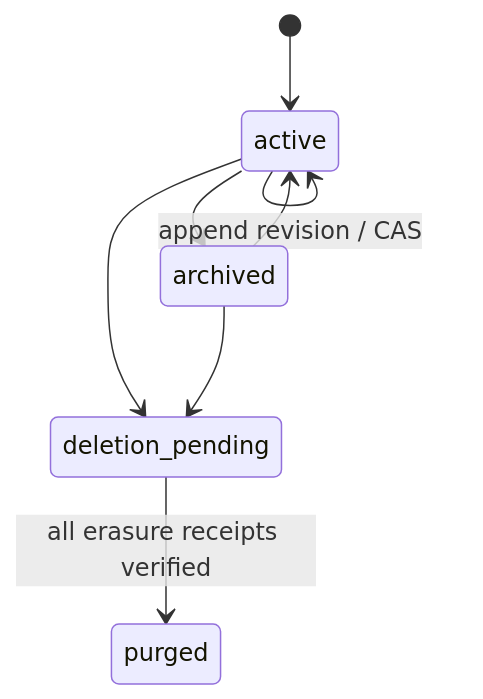
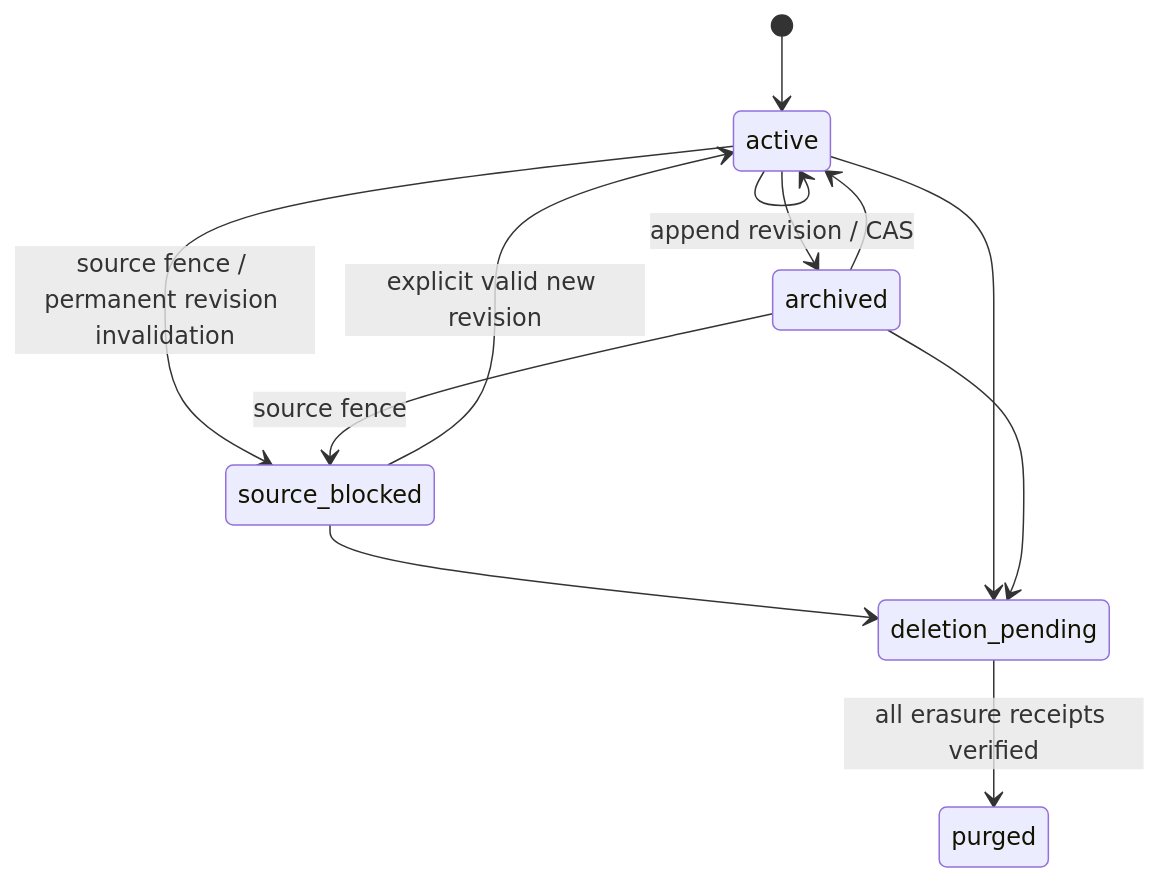
The diagram in docs/MEMORY_LIFECYCLE.md (suisui0601a-pixel/YixuMemory), drawn with Mermaid before and after one commit. The commit also changed other lines of this file and 36 other files, not shown here.

````diff
--- a/docs/MEMORY_LIFECYCLE.md
+++ b/docs/MEMORY_LIFECYCLE.md
@@ -27,10 +32,14 @@
 ```mermaid
 stateDiagram-v2
   [*] --> active
   active --> active: append revision / CAS
   active --> archived
   archived --> active
+  active --> source_blocked: source fence / permanent revision invalidation
+  archived --> source_blocked: source fence
+  source_blocked --> active: explicit valid new revision
+  source_blocked --> deletion_pending
   active --> deletion_pending
   archived --> deletion_pending
   deletion_pending --> purged: all erasure receipts verified
 ```
````
